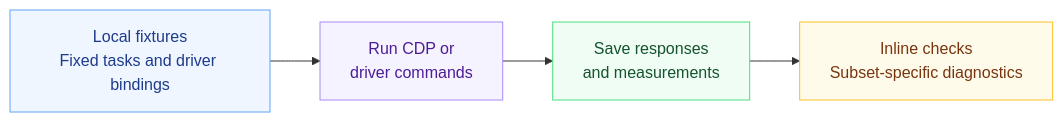
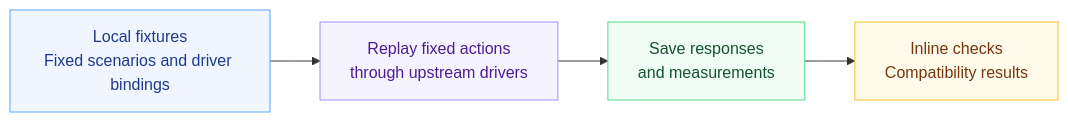
The third of 6 diagrams in README.md (lexmount/browser-eval), drawn with Mermaid before and after one commit. The commit also changed other lines of this file and 3 other files, not shown here.

Commit message:
docs(readme): group Headless scenarios under trajectory replay

````diff
--- a/README.md
+++ b/README.md
@@ -87,10 +88,10 @@
 ```mermaid
 flowchart LR
-    A["Local fixtures<br/>Fixed tasks and driver bindings"]:::input --> B["Run CDP or<br/>driver commands"]:::run
+    A["Local fixtures<br/>Fixed scenarios and driver bindings"]:::input --> B["Replay fixed actions<br/>through upstream drivers"]:::run
     B --> C["Save responses<br/>and measurements"]:::evidence
-    C --> D["Inline checks<br/>Subset-specific diagnostics"]:::score
+    C --> D["Inline checks<br/>Compatibility results"]:::score
     classDef input fill:#eff6ff,stroke:#60a5fa,color:#1e3a8a
     classDef run fill:#f5f3ff,stroke:#a78bfa,color:#4c1d95
     classDef evidence fill:#f0fdf4,stroke:#4ade80,color:#14532d
     classDef score fill:#fffbeb,stroke:#fbbf24,color:#78350f
 ```
````
